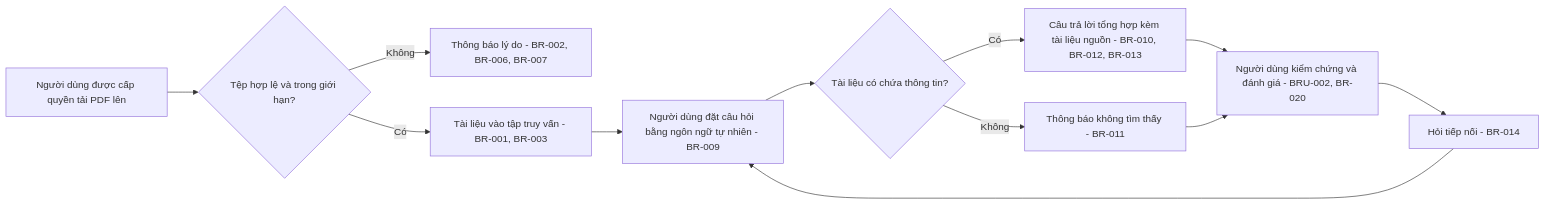
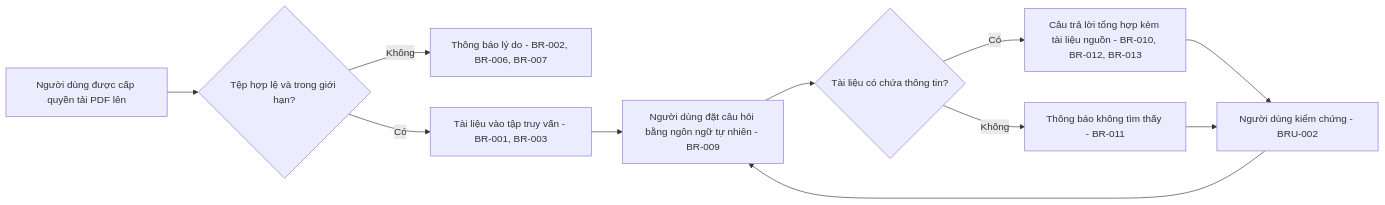
The second of 2 diagrams in docs/requirements/BRD.md (mdat1701/chat_with_document), drawn with Mermaid before and after one commit. The commit also changed other lines of this file and 126 other files, not shown here.

````diff
--- a/docs/requirements/BRD.md
+++ b/docs/requirements/BRD.md
@@ -463,14 +485,13 @@
 ```mermaid
 flowchart LR
     A[Người dùng được cấp quyền tải PDF lên] --> B{Tệp hợp lệ và trong giới hạn?}
     B -- Không --> B1[Thông báo lý do - BR-002, BR-006, BR-007]
     B -- Có --> C[Tài liệu vào tập truy vấn - BR-001, BR-003]
     C --> D[Người dùng đặt câu hỏi bằng ngôn ngữ tự nhiên - BR-009]
     D --> E{Tài liệu có chứa thông tin?}
     E -- Có --> F[Câu trả lời tổng hợp kèm tài liệu nguồn - BR-010, BR-012, BR-013]
     E -- Không --> G[Thông báo không tìm thấy - BR-011]
-    F --> H[Người dùng kiểm chứng và đánh giá - BRU-002, BR-020]
+    F --> H[Người dùng kiểm chứng - BRU-002]
     G --> H
-    H --> I[Hỏi tiếp nối - BR-014]
-    I --> D
+    H --> D
 ```
````
